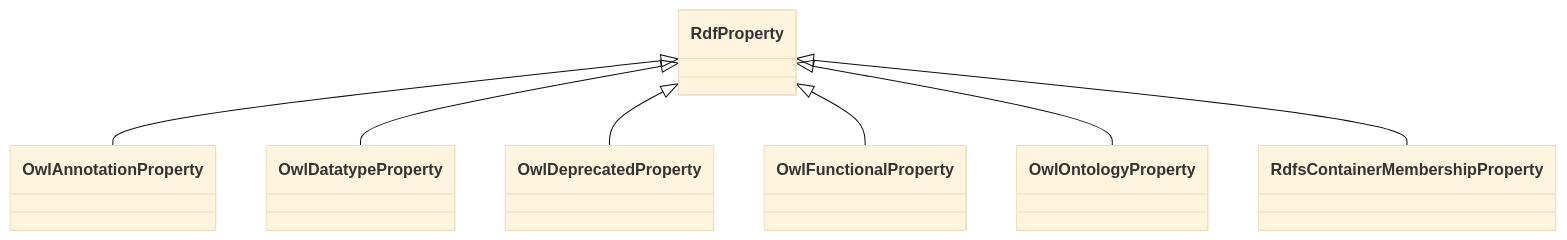
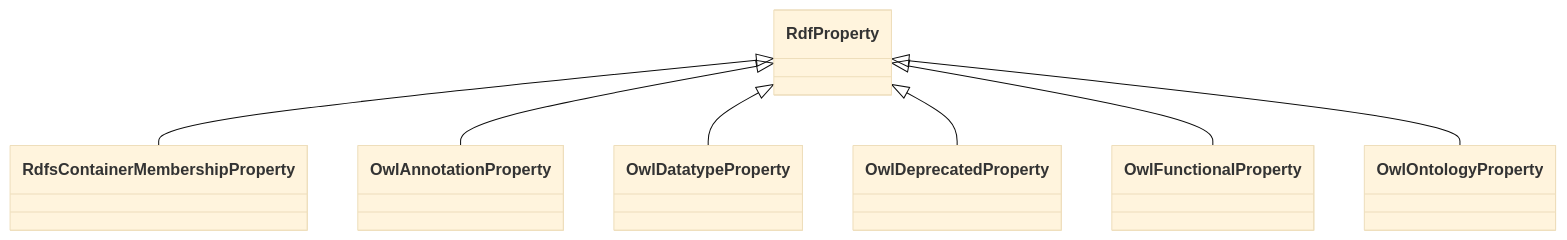
Before and after one commit to frink-okn/graph-descriptions: the diagram in fio-kg/classes/RdfProperty.md, drawn with Mermaid (base theme). The commit also changed other lines of this file and 447 other files, not shown here.

````diff
--- a/fio-kg/classes/RdfProperty.md
+++ b/fio-kg/classes/RdfProperty.md
@@ -23,19 +21,19 @@
 ```mermaid
  classDiagram
     class RdfProperty
     click RdfProperty href "../RdfProperty"
+      RdfProperty <|-- RdfsContainerMembershipProperty
+        click RdfsContainerMembershipProperty href "../RdfsContainerMembershipProperty"
       RdfProperty <|-- OwlAnnotationProperty
         click OwlAnnotationProperty href "../OwlAnnotationProperty"
       RdfProperty <|-- OwlDatatypeProperty
         click OwlDatatypeProperty href "../OwlDatatypeProperty"
       RdfProperty <|-- OwlDeprecatedProperty
         click OwlDeprecatedProperty href "../OwlDeprecatedProperty"
       RdfProperty <|-- OwlFunctionalProperty
         click OwlFunctionalProperty href "../OwlFunctionalProperty"
       RdfProperty <|-- OwlOntologyProperty
         click OwlOntologyProperty href "../OwlOntologyProperty"
-      RdfProperty <|-- RdfsContainerMembershipProperty
-        click RdfsContainerMembershipProperty href "../RdfsContainerMembershipProperty"
       
       
 ```
````
